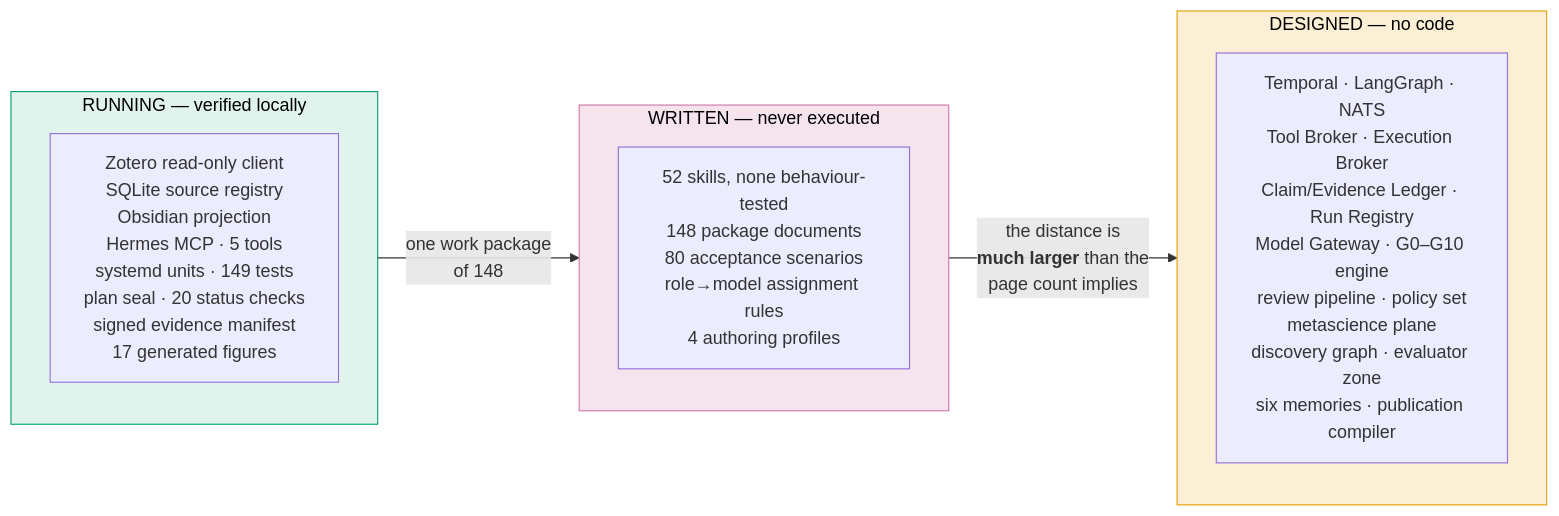
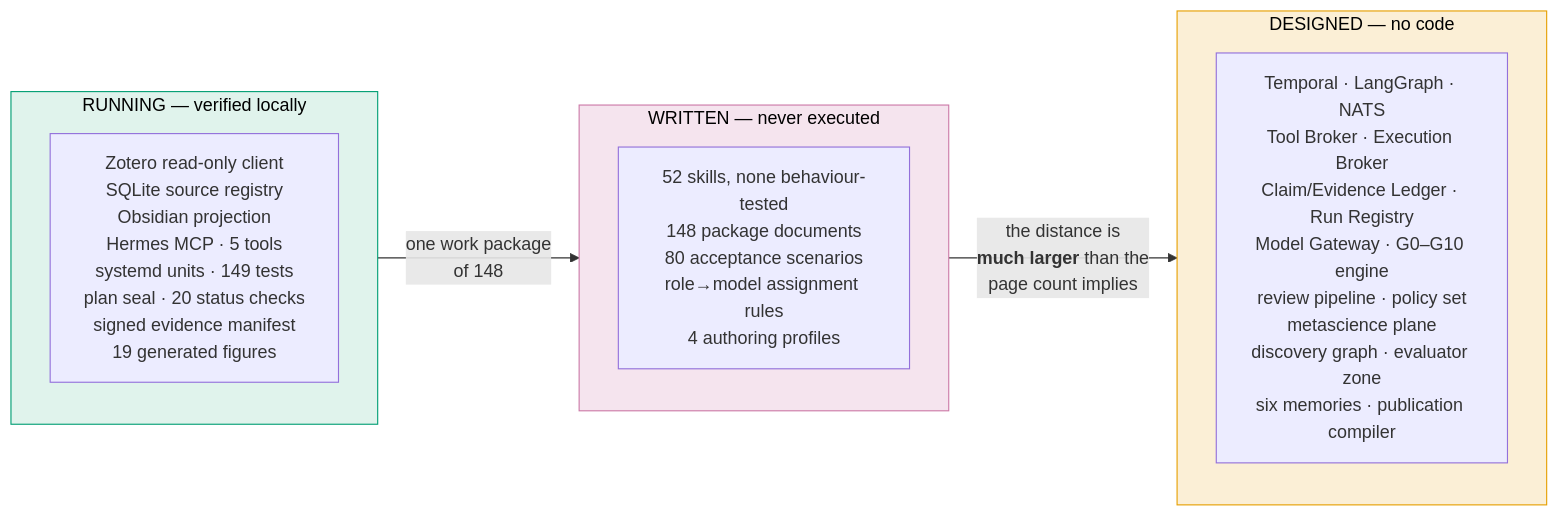
Diagram 23 of 24 in docs/architecture/AETHRION_ARCHITECTURE.md (furkanhanilci/AETHRION), drawn with Mermaid before and after one commit. The commit also changed 25 other files, not shown here.

````diff
--- a/docs/architecture/AETHRION_ARCHITECTURE.md
+++ b/docs/architecture/AETHRION_ARCHITECTURE.md
@@ -981,17 +981,17 @@
 ```mermaid
 flowchart LR
     subgraph WORKING["RUNNING — verified locally"]
-        W["Zotero read-only client<br/>SQLite source registry<br/>Obsidian projection<br/>Hermes MCP · 5 tools<br/>systemd units · 149 tests<br/>plan seal · 20 status checks<br/>signed evidence manifest<br/>17 generated figures"]
+        W["Zotero read-only client<br/>SQLite source registry<br/>Obsidian projection<br/>Hermes MCP · 5 tools<br/>systemd units · 149 tests<br/>plan seal · 20 status checks<br/>signed evidence manifest<br/>19 generated figures"]
     end
     subgraph WRITTEN["WRITTEN — never executed"]
         S["52 skills, none behaviour-tested<br/>148 package documents<br/>80 acceptance scenarios<br/>role→model assignment rules<br/>4 authoring profiles"]
     end
     subgraph DESIGNED["DESIGNED — no code"]
         D["Temporal · LangGraph · NATS<br/>Tool Broker · Execution Broker<br/>Claim/Evidence Ledger · Run Registry<br/>Model Gateway · G0–G10 engine<br/>review pipeline · policy set<br/>metascience plane<br/>discovery graph · evaluator zone<br/>six memories · publication compiler"]
     end
     WORKING -->|"one work package<br/>of 148"| WRITTEN
     WRITTEN -->|"the distance is<br/><b>much larger</b> than the<br/>page count implies"| DESIGNED
     style WORKING fill:#E0F3EC,stroke:#009E73,color:#000
     style WRITTEN fill:#F5E4EE,stroke:#CC79A7,color:#000
     style DESIGNED fill:#FBEFD6,stroke:#E69F00,color:#000
 ```
````
